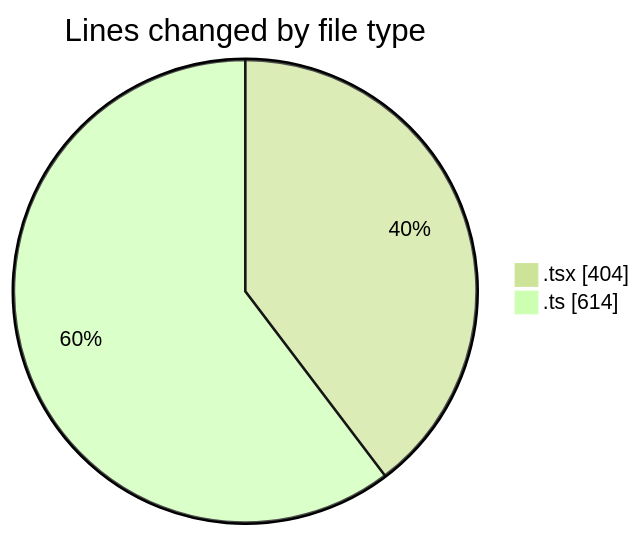
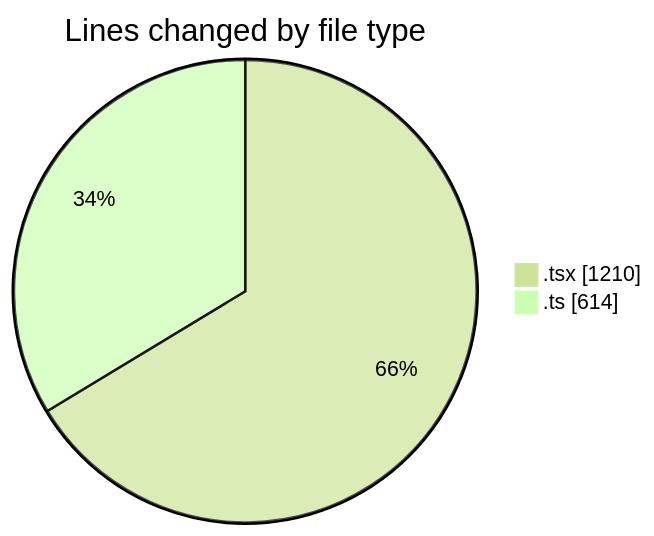
One commit to nxtqubesakshisongat/code-tracking changed the first of 2 diagrams in 2026-05-18/nxtqube_webapp/README.md. Above: the diagram before and after it, drawn with Mermaid (forest theme). The commit also changed other lines of this file and 1 other file, not shown here.

````diff
--- a/2026-05-18/nxtqube_webapp/README.md
+++ b/2026-05-18/nxtqube_webapp/README.md
@@ -24,6 +25,6 @@
 ```mermaid
 pie showData
 title Lines changed by file type
-".tsx" : 404
+".tsx" : 1210
 ".ts" : 614
 ```
````
